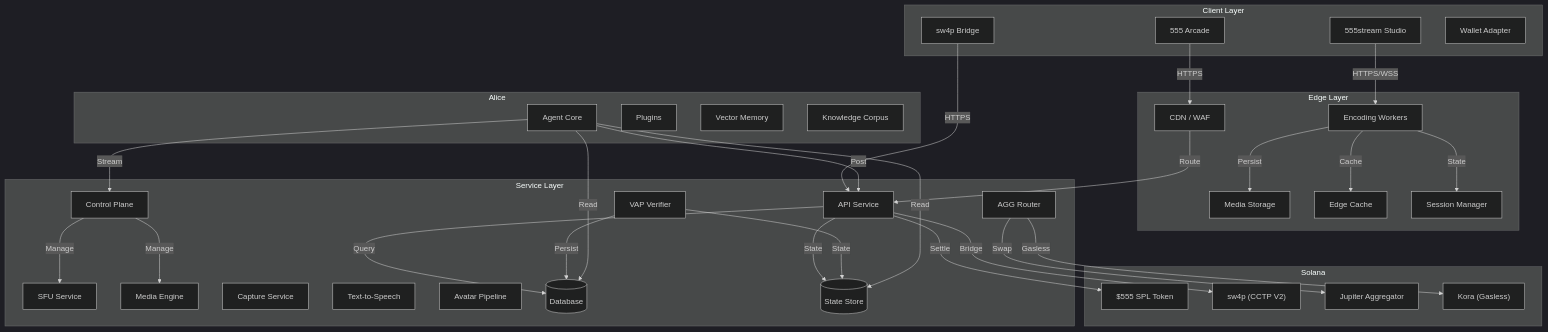
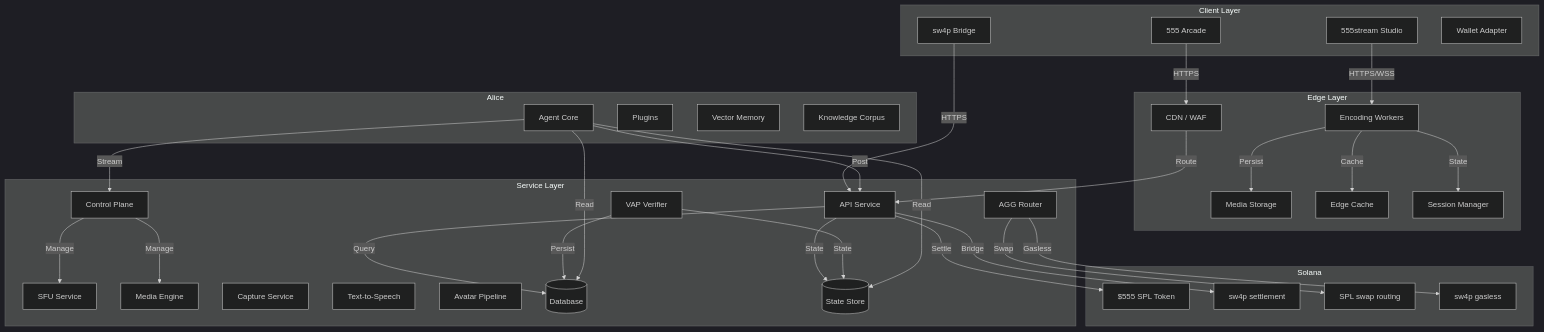
One commit to Render-Network-OS/docs changed the diagram in docs/architecture/system-map.mdx. Above: the diagram before and after it, drawn with Mermaid (dark theme). The commit also changed other lines of this file and 14 other files, not shown here.

````diff
--- a/docs/architecture/system-map.mdx
+++ b/docs/architecture/system-map.mdx
@@ -15,76 +15,76 @@
 ```mermaid
 graph TD
     subgraph Client ["Client Layer"]
         Arcade["555 Arcade"]
         Stream["555stream Studio"]
         SW4P_UI["sw4p Bridge"]
         Wallet["Wallet Adapter"]
     end
 
     subgraph Edge ["Edge Layer"]
         Encoding["Encoding Workers"]
         Storage["Media Storage"]
         Cache["Edge Cache"]
         Sessions["Session Manager"]
         CDN["CDN / WAF"]
     end
 
     subgraph Backend ["Service Layer"]
         API["API Service"]
         VAP_Svc["VAP Verifier"]
         AGG_Svc["AGG Router"]
         CtrlPlane["Control Plane"]
         SFU["SFU Service"]
         MediaEngine["Media Engine"]
         Capture["Capture Service"]
         TTS["Text-to-Speech"]
         Avatar["Avatar Pipeline"]
         DB[("Database")]
         StateStore[("State Store")]
     end
 
     subgraph Agent ["Alice"]
         AliceBot["Agent Core"]
         Plugins["Plugins"]
         VectorDB["Vector Memory"]
         Knowledge["Knowledge Corpus"]
     end
 
     subgraph Blockchain ["Solana"]
         Token["$555 SPL Token"]
-        SW4P_Bridge["sw4p (CCTP V2)"]
-        Jupiter["Jupiter Aggregator"]
-        Kora["Kora (Gasless)"]
+        SW4P_Bridge["sw4p settlement"]
+        SwapRouting["SPL swap routing"]
+        Gasless["sw4p gasless"]
     end
 
     %% Client connections
     Arcade -->|HTTPS| CDN
     Stream -->|HTTPS/WSS| Encoding
     SW4P_UI -->|HTTPS| API
 
     %% Edge connections
     CDN -->|Route| API
     Encoding -->|Persist| Storage
     Encoding -->|Cache| Cache
     Encoding -->|State| Sessions
 
     %% Backend connections
     API -->|Query| DB
     API -->|State| StateStore
     VAP_Svc -->|State| StateStore
     VAP_Svc -->|Persist| DB
     CtrlPlane -->|Manage| SFU
     CtrlPlane -->|Manage| MediaEngine
 
     %% Agent connections
     AliceBot -->|Read| DB
     AliceBot -->|Read| StateStore
     AliceBot -->|Post| API
     AliceBot -->|Stream| CtrlPlane
 
     %% Blockchain connections
     API -->|Settle| Token
     API -->|Bridge| SW4P_Bridge
-    AGG_Svc -->|Swap| Jupiter
-    AGG_Svc -->|Gasless| Kora
+    AGG_Svc -->|Swap| SwapRouting
+    AGG_Svc -->|Gasless| Gasless
 ```
````
